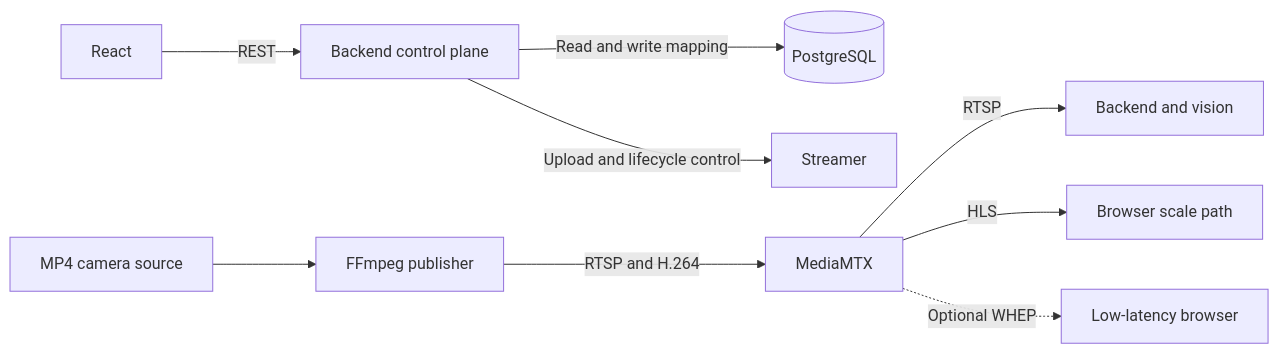
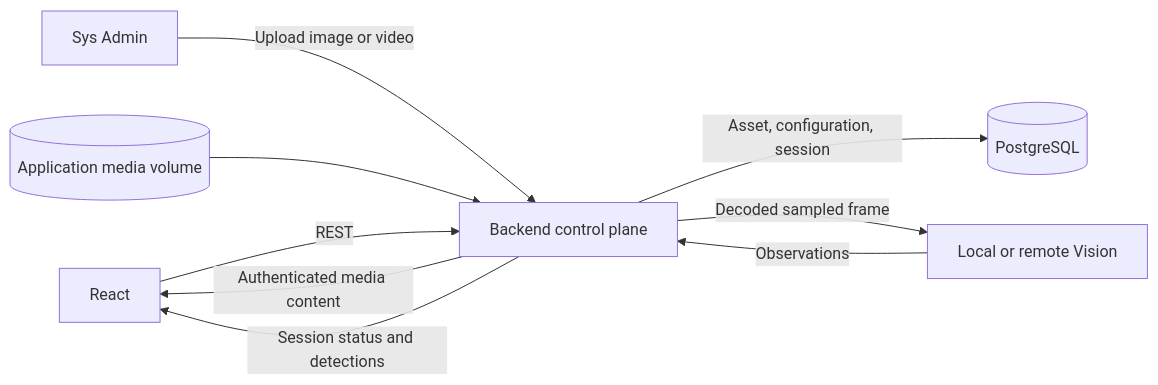
One commit to NguyenNhat4/Sentiel-safety-intelligent changed the second of 4 diagrams in ARCHITECTURE.md. Above: the diagram before and after it, drawn with Mermaid. The commit also changed other lines of this file and 134 other files, not shown here.

````diff
--- a/ARCHITECTURE.md
+++ b/ARCHITECTURE.md
@@ -73,12 +73,11 @@
 ```mermaid
 flowchart LR
     react[React] -->|REST| backend[Backend control plane]
-    backend -->|Read and write mapping| postgres[(PostgreSQL)]
-    backend -->|Upload and lifecycle control| streamer[Streamer]
-
-    source[MP4 camera source] --> ffmpeg[FFmpeg publisher]
-    ffmpeg -->|RTSP and H.264| mediamtx[MediaMTX]
-    mediamtx -->|RTSP| vision[Backend and vision]
-    mediamtx -->|HLS| browser[Browser scale path]
-    mediamtx -.->|Optional WHEP| lowLatency[Low-latency browser]
+    backend -->|Asset, configuration, session| postgres[(PostgreSQL)]
+    admin[Sys Admin] -->|Upload image or video| backend
+    volume[(Application media volume)] --> backend
+    backend -->|Authenticated media content| react
+    backend -->|Decoded sampled frame| vision[Local or remote Vision]
+    vision -->|Observations| backend
+    backend -->|Session status and detections| react
 ```
````
